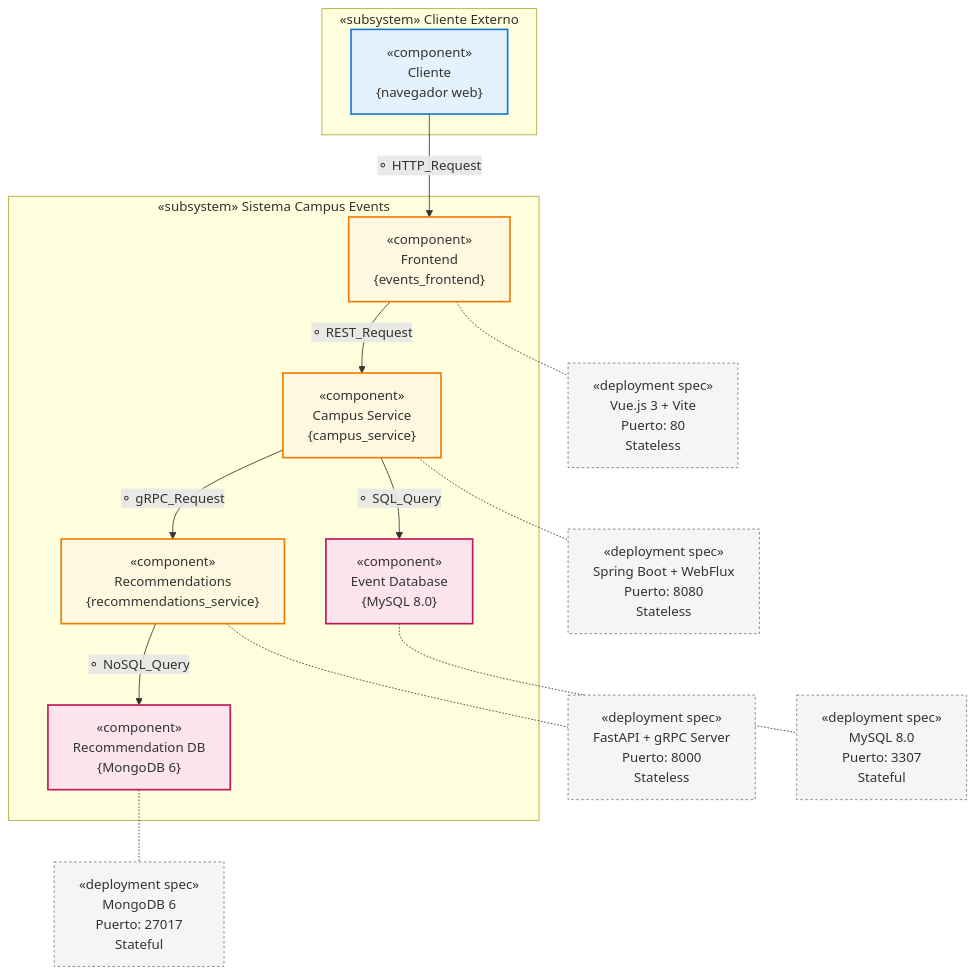
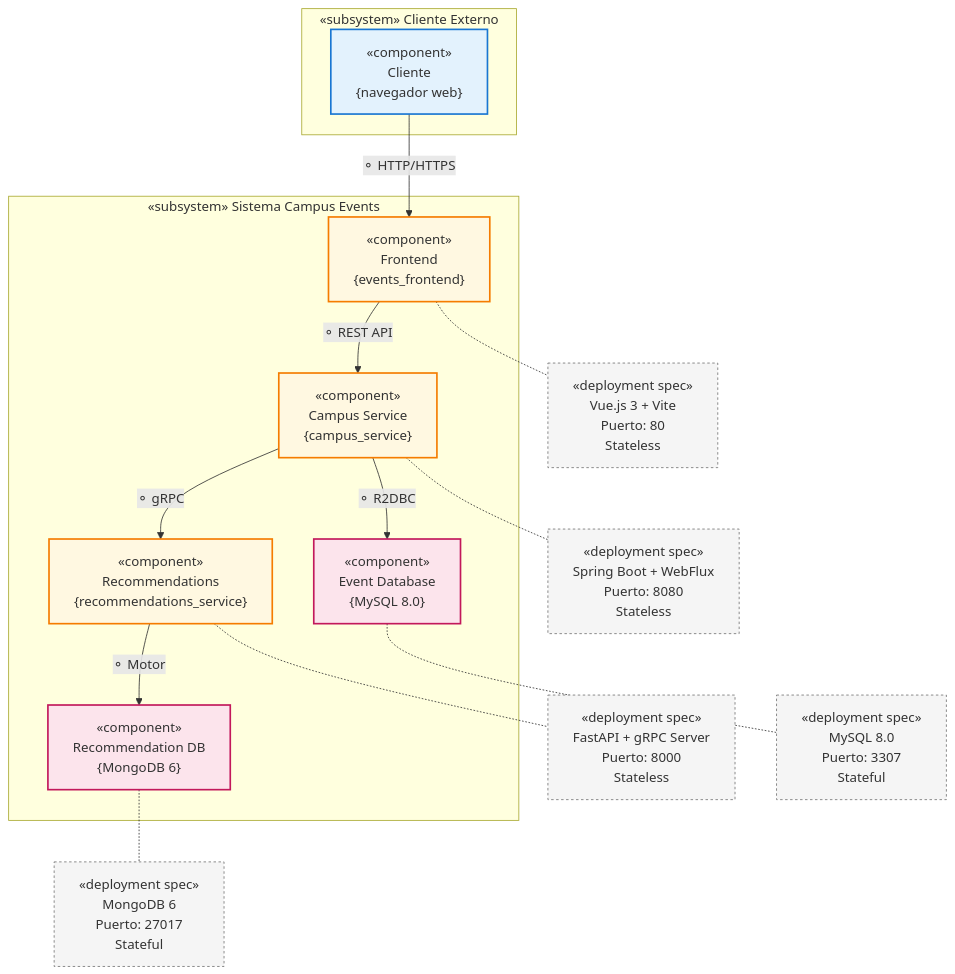
The diagram in laboratories/laboratory_2/jtorresle-kgonzalezg/README.md (sdmorenob/swarch-2025-ii), drawn with Mermaid before and after one commit.

Commit message:
UML change

````diff
--- a/laboratories/laboratory_2/jtorresle-kgonzalezg/README.md
+++ b/laboratories/laboratory_2/jtorresle-kgonzalezg/README.md
@@ -9,56 +9,56 @@
 ```mermaid
 graph TB
     %% Cliente externo
     Browser["«component»<br/>Cliente<br/>{navegador web}"]
     
     %% Componentes internos del sistema
     Frontend["«component»<br/>Frontend<br/>{events_frontend}"]
     Campus["«component»<br/>Campus Service<br/>{campus_service}"]
     Recommendations["«component»<br/>Recommendations<br/>{recommendations_service}"]
     
     %% Componentes de persistencia
     EventDB["«component»<br/>Event Database<br/>{MySQL 8.0}"]
     RecommendationDB["«component»<br/>Recommendation DB<br/>{MongoDB 6}"]
     
     %% Puertos e interfaces (UML 2.0)
-    Browser -->|"⚬ HTTP_Request"| Frontend
-    Frontend -->|"⚬ REST_Request"| Campus
-    Campus -->|"⚬ gRPC_Request"| Recommendations
-    Campus -->|"⚬ SQL_Query"| EventDB
-    Recommendations -->|"⚬ NoSQL_Query"| RecommendationDB
+    Browser -->|"⚬ HTTP/HTTPS"| Frontend
+    Frontend -->|"⚬ REST API"| Campus
+    Campus -->|"⚬ gRPC"| Recommendations
+    Campus -->|"⚬ R2DBC"| EventDB
+    Recommendations -->|"⚬ Motor"| RecommendationDB
     
     %% Interfaces proporcionadas (lollipop ⚬) y requeridas (socket ◐)
     %% Assembly connectors según UML 2.0
     
     %% Agrupación por subsistemas
     subgraph External["«subsystem» Cliente Externo"]
         Browser
     end
     
     subgraph Internal["«subsystem» Sistema Campus Events"]
         Frontend
         Campus
         Recommendations
         EventDB
         RecommendationDB
     end
     
     %% Component details as deployment specifications
     Frontend -.- FrontendNote["«deployment spec»<br/>Vue.js 3 + Vite<br/>Puerto: 80<br/>Stateless"]
     Campus -.- CampusNote["«deployment spec»<br/>Spring Boot + WebFlux<br/>Puerto: 8080<br/>Stateless"]
     Recommendations -.- RecommendationsNote["«deployment spec»<br/>FastAPI + gRPC Server<br/>Puerto: 8000<br/>Stateless"]
     EventDB -.- EventDBNote["«deployment spec»<br/>MySQL 8.0<br/>Puerto: 3307<br/>Stateful"]
     RecommendationDB -.- RecommendationDBNote["«deployment spec»<br/>MongoDB 6<br/>Puerto: 27017<br/>Stateful"]
     
     %% Estilos UML 2.0 compatibles
     classDef component fill:#ffffff,stroke:#000000,stroke-width:2px
     classDef external fill:#e3f2fd,stroke:#1976d2,stroke-width:2px
     classDef internal fill:#fff8e1,stroke:#f57c00,stroke-width:2px
     classDef database fill:#fce4ec,stroke:#c2185b,stroke-width:2px
     classDef note fill:#f5f5f5,stroke:#757575,stroke-width:1px,stroke-dasharray: 3 3
     
     class Browser,SysExt1 external
     class Frontend,Campus,Recommendations internal
     class EventDB,RecommendationDB database
     class FrontendNote,CampusNote,RecommendationsNote,EventDBNote,RecommendationDBNote note
 ```
````
